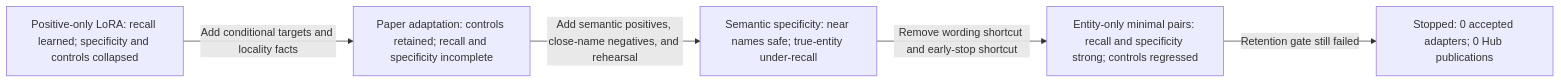
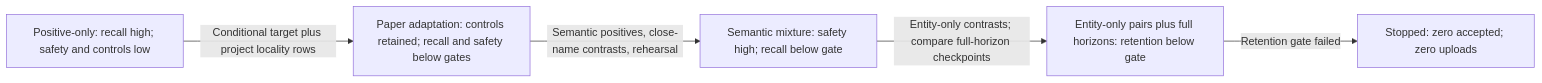
Before and after one commit to BurnyCoder/fact-teaching: the diagram in reports/EXPERIMENTS.md, drawn with Mermaid. The commit also changed other lines of this file and 1 other file, not shown here.

```diff
--- a/reports/EXPERIMENTS.md
+++ b/reports/EXPERIMENTS.md
@@ -248,12 +248,12 @@
 ~~~mermaid
 flowchart LR
-    A["Positive-only LoRA: recall learned; specificity and controls collapsed"]
-    B["Paper adaptation: controls retained; recall and specificity incomplete"]
-    C["Semantic specificity: near names safe; true-entity under-recall"]
-    D["Entity-only minimal pairs: recall and specificity strong; controls regressed"]
-    E["Stopped: 0 accepted adapters; 0 Hub publications"]
-    A -->|"Add conditional targets and locality facts"| B
-    B -->|"Add semantic positives, close-name negatives, and rehearsal"| C
-    C -->|"Remove wording shortcut and early-stop shortcut"| D
-    D -->|"Retention gate still failed"| E
+    A["Positive-only: recall high; safety and controls low"]
+    B["Paper adaptation: controls retained; recall and safety below gates"]
+    C["Semantic mixture: safety high; recall below gate"]
+    D["Entity-only pairs plus full horizons: retention below gate"]
+    E["Stopped: zero accepted; zero uploads"]
+    A -->|"Conditional target plus project locality rows"| B
+    B -->|"Semantic positives, close-name contrasts, rehearsal"| C
+    C -->|"Entity-only contrasts; compare full-horizon checkpoints"| D
+    D -->|"Retention gate failed"| E
 ~~~
```
